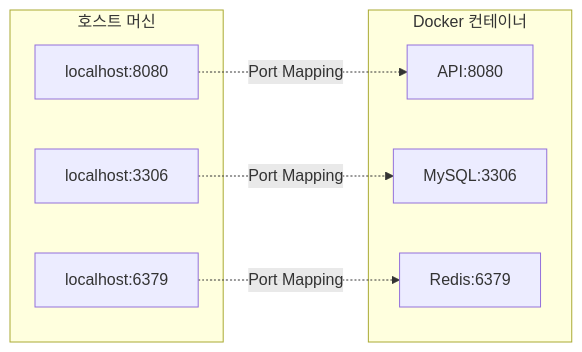
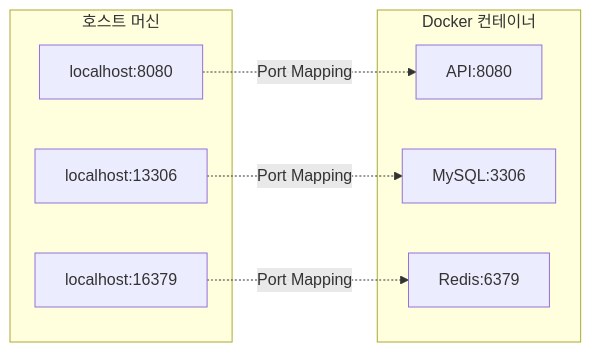
Before and after one commit to JuJin1324/concurrency-control-poc: the fifth of 6 diagrams in docs/architecture/infrastructure.md, drawn with Mermaid. The commit also changed other lines of this file and 5 other files, not shown here.

````diff
--- a/docs/architecture/infrastructure.md
+++ b/docs/architecture/infrastructure.md
@@ -198,18 +198,18 @@
 ```mermaid
 graph LR
     subgraph "호스트 머신"
         H8080["localhost:8080"]
-        H3306["localhost:3306"]
-        H6379["localhost:6379"]
+        H3306["localhost:13306"]
+        H6379["localhost:16379"]
     end
 
     subgraph "Docker 컨테이너"
         C8080["API:8080"]
         C3306["MySQL:3306"]
         C6379["Redis:6379"]
     end
 
     H8080 -.->|Port Mapping| C8080
     H3306 -.->|Port Mapping| C3306
     H6379 -.->|Port Mapping| C6379
 ```
````
